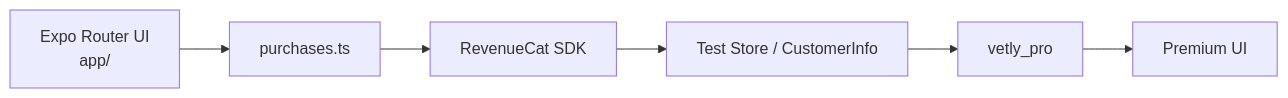
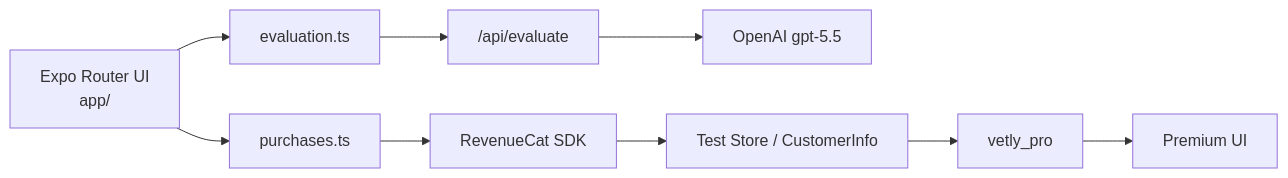
Before and after one commit to Hassan-jamshaid-dev/Vetly: the diagram in README.md, drawn with Mermaid. The commit also changed other lines of this file and 14 other files, not shown here.

````diff
--- a/README.md
+++ b/README.md
@@ -250,15 +276,21 @@
 ```mermaid
 flowchart LR
   UI["Expo Router UI\napp/"]
+  Eval["evaluation.ts"]
+  API["/api/evaluate"]
+  OAI["OpenAI gpt-5.5"]
   Purchases["purchases.ts"]
   SDK["RevenueCat SDK"]
   Store["Test Store / CustomerInfo"]
   Ent["vetly_pro"]
   Premium["Premium UI"]
 
+  UI --> Eval
+  Eval --> API
+  API --> OAI
   UI --> Purchases
   Purchases --> SDK
   SDK --> Store
   Store --> Ent
   Ent --> Premium
 ```
````
